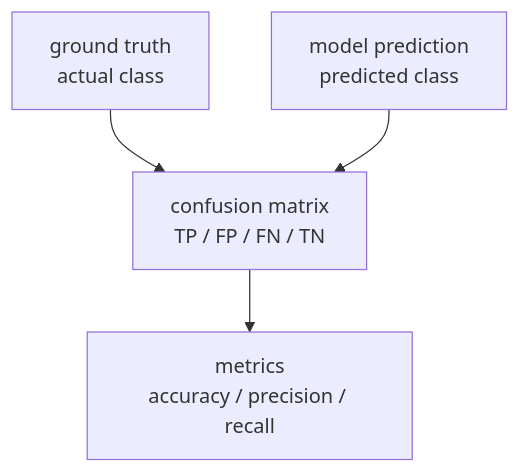
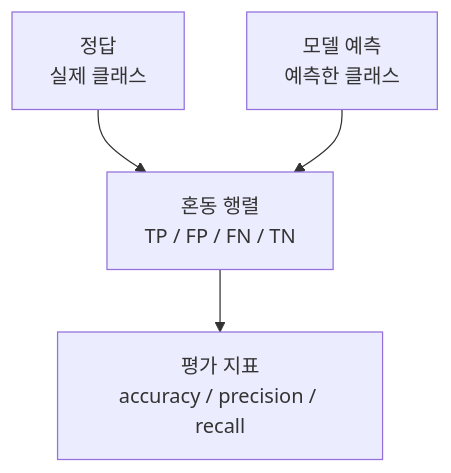
Before and after one commit to devchan64/AiBook: the second of 3 diagrams in docs/parts/part-04/chapter-06/section-01.md, drawn with Mermaid. The commit also changed other lines of this file and 72 other files, not shown here.

````diff
--- a/docs/parts/part-04/chapter-06/section-01.md
+++ b/docs/parts/part-04/chapter-06/section-01.md
@@ -96,11 +96,11 @@
 ```mermaid
 flowchart TB
-  A["ground truth<br/>actual class"]
-  B["model prediction<br/>predicted class"]
-  C["confusion matrix<br/>TP / FP / FN / TN"]
-  D["metrics<br/>accuracy / precision / recall"]
+  A["정답<br/>실제 클래스"]
+  B["모델 예측<br/>예측한 클래스"]
+  C["혼동 행렬<br/>TP / FP / FN / TN"]
+  D["평가 지표<br/>accuracy / precision / recall"]
 
   A --> C
   B --> C
   C --> D
 ```
````
